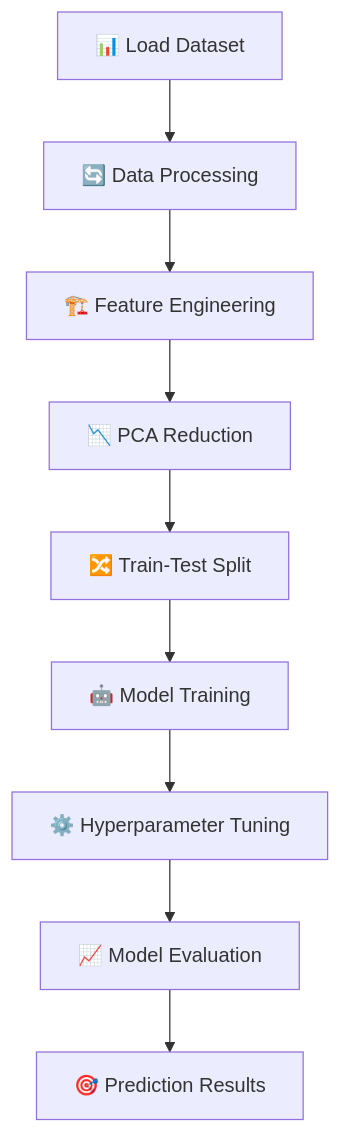
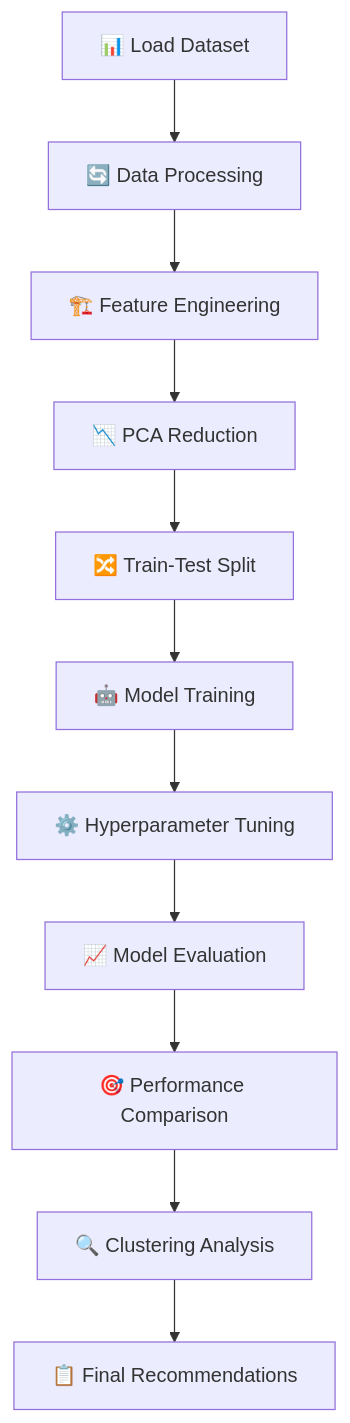
One commit to SameerSinghhh/DiseasePrediction changed the diagram in README.md. Above: the diagram before and after it, drawn with Mermaid. The commit also changed other lines of this file and 1 other file, not shown here.

````diff
--- a/README.md
+++ b/README.md
@@ -130,11 +172,13 @@
 ```mermaid
 graph TD
     A[📊 Load Dataset] --> B[🔄 Data Processing]
     B --> C[🏗️ Feature Engineering]
     C --> D[📉 PCA Reduction]
     D --> E[🔀 Train-Test Split]
     E --> F[🤖 Model Training]
     F --> G[⚙️ Hyperparameter Tuning]
     G --> H[📈 Model Evaluation]
-    H --> I[🎯 Prediction Results]
+    H --> I[🎯 Performance Comparison]
+    I --> J[🔍 Clustering Analysis]
+    J --> K[📋 Final Recommendations]
 ```
````
